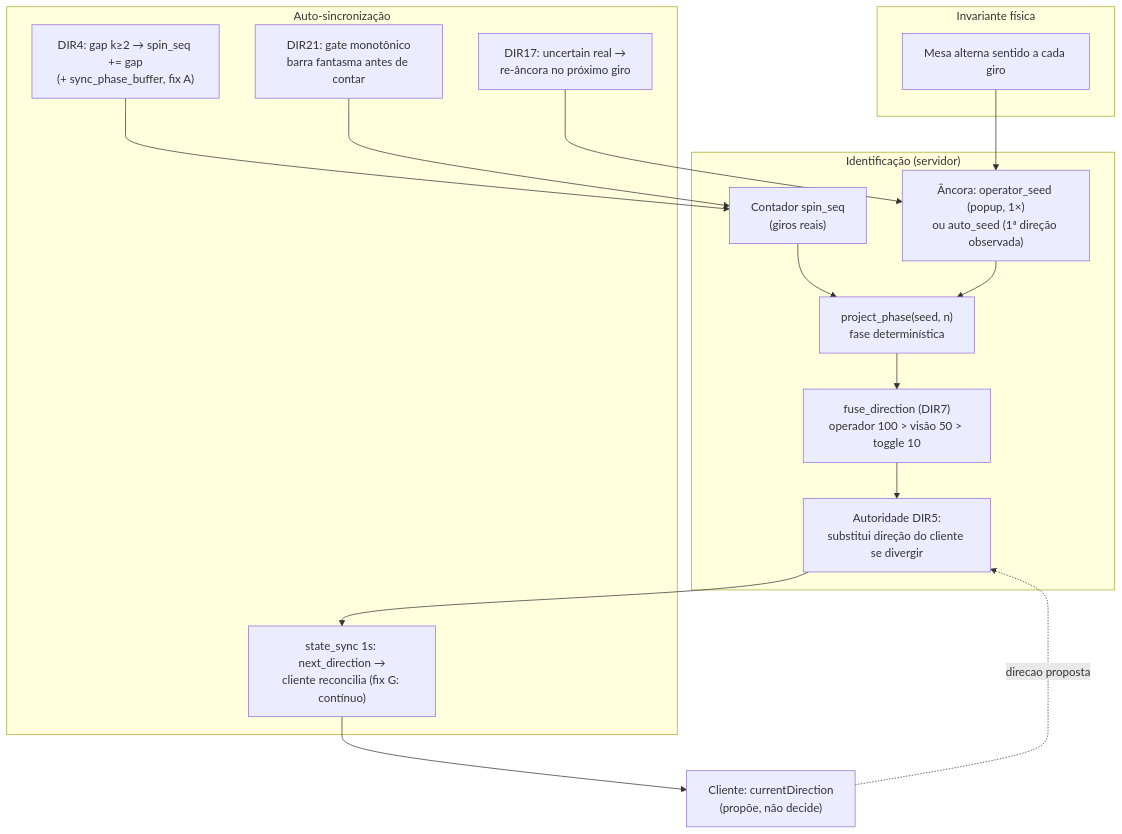
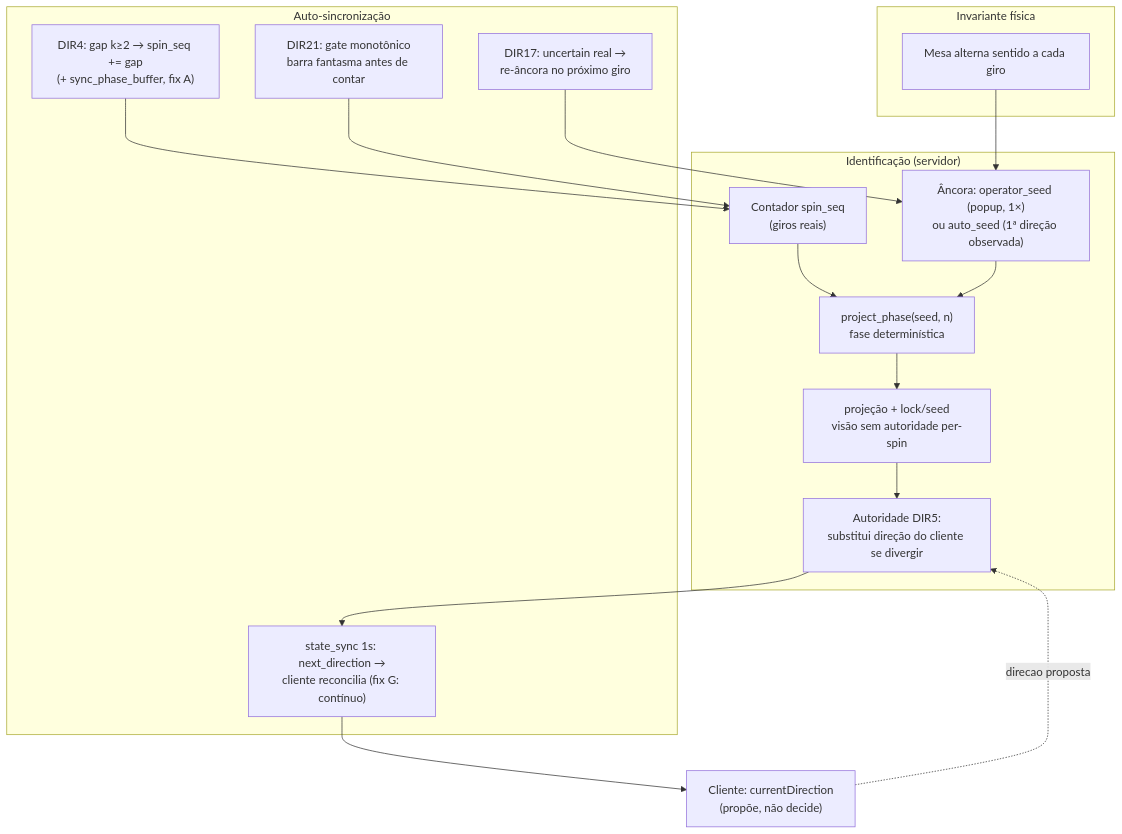
One commit to ivandirfilho/roleta-cloud changed the first of 2 diagrams in proposta_seletor_sentido_03_08.md. Above: the diagram before and after it, drawn with Mermaid. The commit also changed other lines of this file, not shown here.

````diff
--- a/proposta_seletor_sentido_03_08.md
+++ b/proposta_seletor_sentido_03_08.md
@@ -118,27 +120,27 @@
 ```mermaid
 flowchart TD
     subgraph FISICA["Invariante física"]
         ALT["Mesa alterna sentido a cada giro"]
     end
     subgraph ID["Identificação (servidor)"]
         SEED["Âncora: operator_seed (popup, 1×)<br/>ou auto_seed (1ª direção observada)"]
         SEQ["Contador spin_seq<br/>(giros reais)"]
         PROJ["project_phase(seed, n)<br/>fase determinística"]
-        FUSE["fuse_direction (DIR7)<br/>operador 100 > visão 50 > toggle 10"]
+        FUSE["projeção + lock/seed<br/>visão sem autoridade per-spin"]
         AUTH["Autoridade DIR5:<br/>substitui direção do cliente se divergir"]
     end
     subgraph SYNC["Auto-sincronização"]
         GAP["DIR4: gap k≥2 → spin_seq += gap<br/>(+ sync_phase_buffer, fix A)"]
         GATE["DIR21: gate monotônico<br/>barra fantasma antes de contar"]
         REANC["DIR17: uncertain real →<br/>re-âncora no próximo giro"]
         SS["state_sync 1s: next_direction →<br/>cliente reconcilia (fix G: contínuo)"]
     end
     CLIENT["Cliente: currentDirection<br/>(propõe, não decide)"]
     ALT --> SEED --> PROJ
     SEQ --> PROJ --> FUSE --> AUTH
     GATE --> SEQ
     GAP --> SEQ
     REANC --> SEED
     AUTH --> SS --> CLIENT
     CLIENT -. "direcao proposta" .-> AUTH
 ```
````
